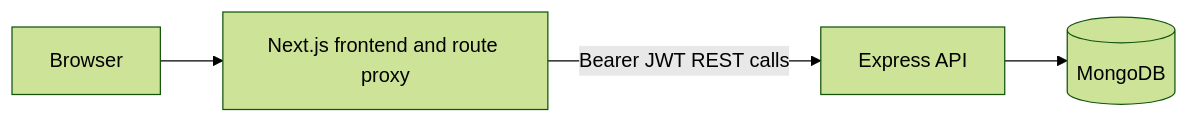
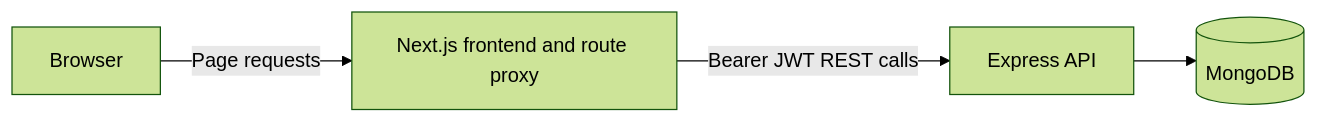
Before and after one commit to HafijurRahmanBhuiyan/doctor-tracker: the diagram in README.md, drawn with Mermaid (forest theme).

Commit message:
docs: fix architecture diagram labels

````diff
--- a/README.md
+++ b/README.md
@@ -41,6 +41,6 @@
 ```mermaid
 flowchart LR
-  B[Browser] --> N[Next.js frontend and route proxy]
+  B[Browser] -->|Page requests| N[Next.js frontend and route proxy]
   N -->|Bearer JWT REST calls| E[Express API]
   E --> M[(MongoDB)]
 ```
````
